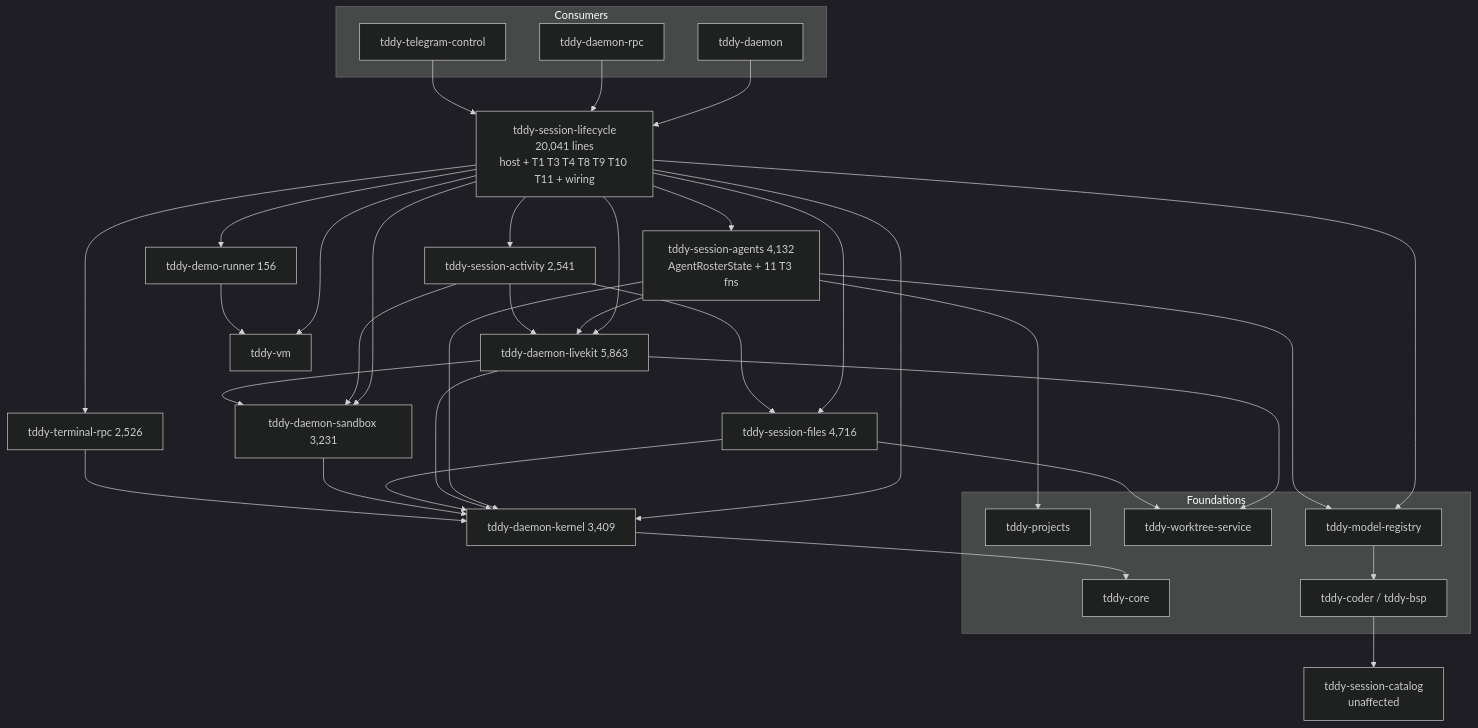
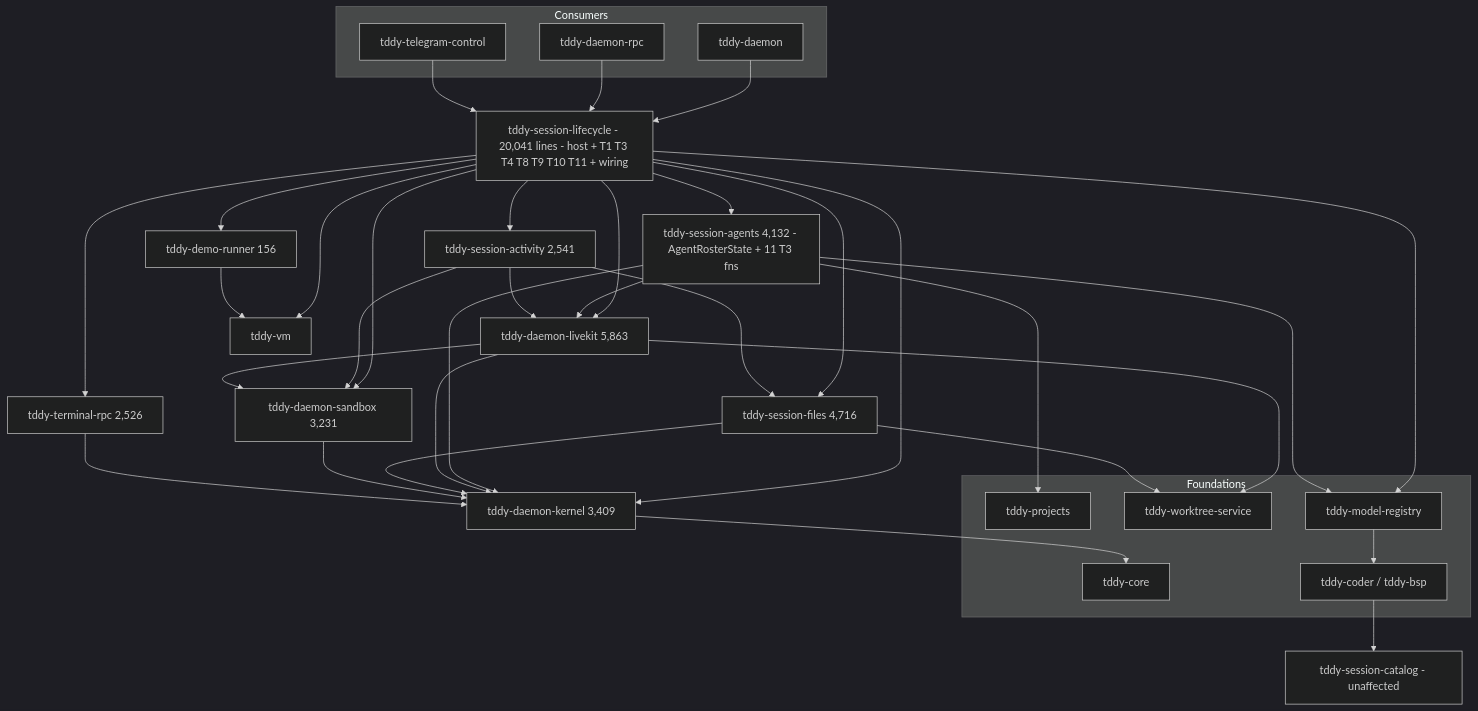
Before and after one commit to uppin/tddy-coder: the first of 5 diagrams in docs/dev/1-WIP/2026-09-26-carve-lifecycle-ports.md, drawn with Mermaid (dark theme). The commit also changed other lines of this file, not shown here.

Commit message:
docs(carve-lifecycle-ports): narrow this node to the leaf topics and port-free cuts; the stack's master plan and successor links (#carve 16/21)

````diff
--- a/docs/dev/1-WIP/2026-09-26-carve-lifecycle-ports.md
+++ b/docs/dev/1-WIP/2026-09-26-carve-lifecycle-ports.md
@@ -635,57 +675,57 @@
 ```mermaid
 graph TD
   subgraph consumers["Consumers"]
     daemon["tddy-daemon"]
     drpc["tddy-daemon-rpc"]
     tgc["tddy-telegram-control"]
   end
-  lc["tddy-session-lifecycle<br/>20,041 lines<br/>host + T1 T3 T4 T8 T9 T10 T11 + wiring"]
-  agents["tddy-session-agents 4,132<br/>AgentRosterState + 11 T3 fns"]
+  lc["tddy-session-lifecycle - 20,041 lines - host + T1 T3 T4 T8 T9 T10 T11 + wiring"]
+  agents["tddy-session-agents 4,132 - AgentRosterState + 11 T3 fns"]
   files["tddy-session-files 4,716"]
   activity["tddy-session-activity 2,541"]
   livekit["tddy-daemon-livekit 5,863"]
   kernel["tddy-daemon-kernel 3,409"]
   sandbox["tddy-daemon-sandbox 3,231"]
   trpc["tddy-terminal-rpc 2,526"]
   demo["tddy-demo-runner 156"]
   vm["tddy-vm"]
-  catalog["tddy-session-catalog<br/>unaffected"]
+  catalog["tddy-session-catalog - unaffected"]
   subgraph found["Foundations"]
     core["tddy-core"]
     projects["tddy-projects"]
     wts["tddy-worktree-service"]
     mreg["tddy-model-registry"]
     coder["tddy-coder / tddy-bsp"]
   end
   daemon --> lc
   drpc --> lc
   tgc --> lc
   lc --> agents
   lc --> files
   lc --> activity
   lc --> livekit
   lc --> kernel
   lc --> sandbox
   lc --> trpc
   lc --> demo
   lc --> vm
   lc --> mreg
   agents --> livekit
   agents --> kernel
   agents --> mreg
   agents --> projects
   activity --> files
   activity --> livekit
   activity --> sandbox
   livekit --> sandbox
   livekit --> kernel
   livekit --> wts
   files --> kernel
   files --> wts
   sandbox --> kernel
   trpc --> kernel
   demo --> vm
   kernel --> core
   mreg --> coder
   coder --> catalog
 ```
````
